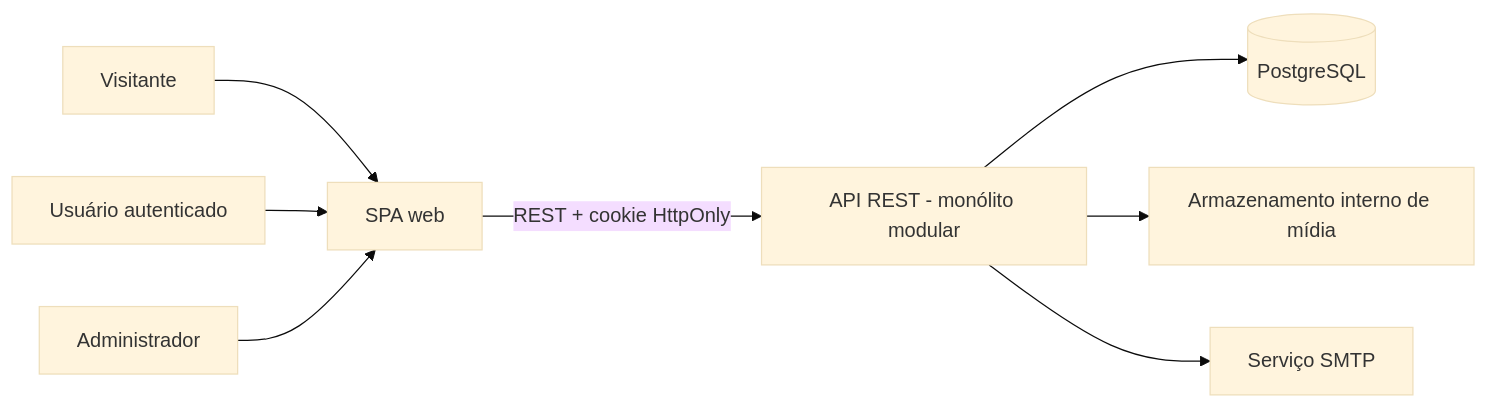
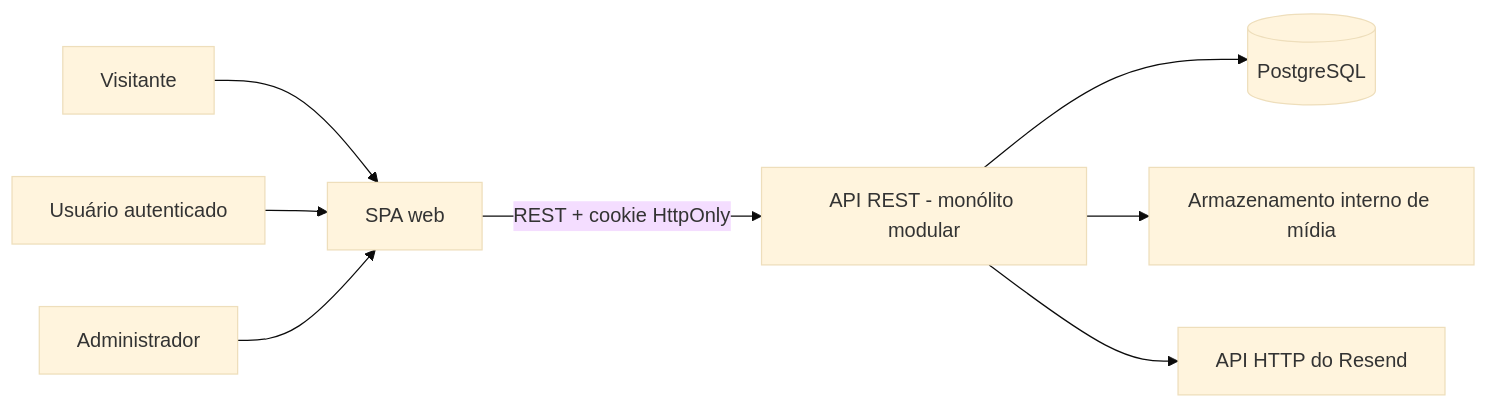
The first of 3 diagrams in 05-Diagramas/Modelo-Textual-para-IA.md (IsaacLeite1309/comanga-docs), drawn with Mermaid (base theme) before and after one commit. The commit also changed other lines of this file and 2 other files, not shown here.

Commit message:
docs: atualizar integração de e-mail para Resend

````diff
--- a/05-Diagramas/Modelo-Textual-para-IA.md
+++ b/05-Diagramas/Modelo-Textual-para-IA.md
@@ -37,10 +37,10 @@
 ```mermaid
 flowchart LR
     V[Visitante] --> W[SPA web]
     U[Usuário autenticado] --> W
     A[Administrador] --> W
     W -->|REST + cookie HttpOnly| API[API REST - monólito modular]
     API --> DB[(PostgreSQL)]
     API --> R2[Armazenamento interno de mídia]
-    API --> SMTP[Serviço SMTP]
+    API --> RESEND[API HTTP do Resend]
 ```
````
